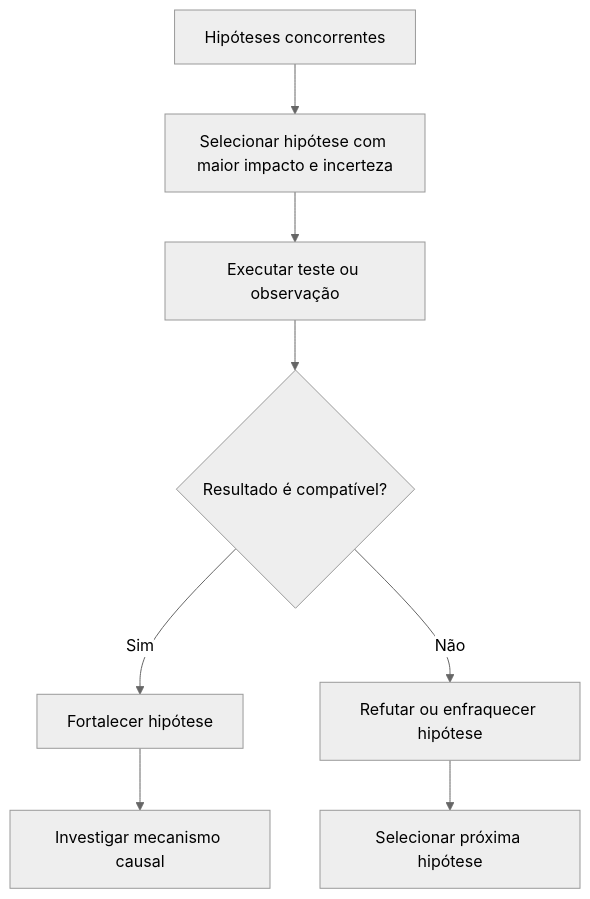
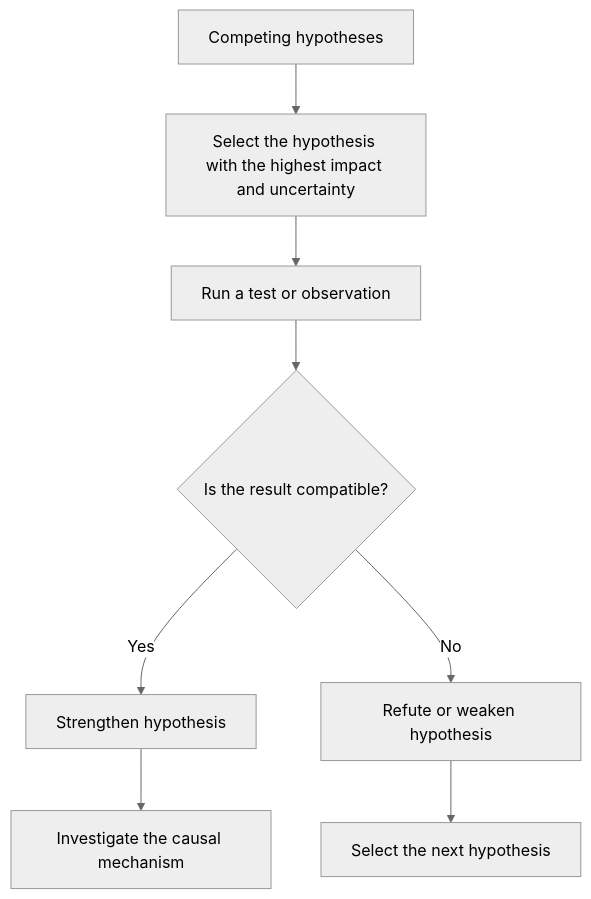
The third of 5 diagrams in dist/.agents/skills/pelizzai-reasoning/techniques/root-cause-analysis.md (rpelizza/PelizzAI), drawn with Mermaid (neutral theme) before and after one commit. The commit also changed other lines of this file and 362 other files, not shown here.

````diff
--- a/dist/.agents/skills/pelizzai-reasoning/techniques/root-cause-analysis.md
+++ b/dist/.agents/skills/pelizzai-reasoning/techniques/root-cause-analysis.md
@@ -399,10 +399,10 @@
 ```mermaid
 flowchart TD
-    A[Hipóteses concorrentes] --> B[Selecionar hipótese com maior impacto e incerteza]
-    B --> C[Executar teste ou observação]
-    C --> D{Resultado é compatível?}
-    D -- Sim --> E[Fortalecer hipótese]
-    D -- Não --> F[Refutar ou enfraquecer hipótese]
-    E --> G[Investigar mecanismo causal]
-    F --> H[Selecionar próxima hipótese]
+    A[Competing hypotheses] --> B[Select the hypothesis with the highest impact and uncertainty]
+    B --> C[Run a test or observation]
+    C --> D{Is the result compatible?}
+    D -- Yes --> E[Strengthen hypothesis]
+    D -- No --> F[Refute or weaken hypothesis]
+    E --> G[Investigate the causal mechanism]
+    F --> H[Select the next hypothesis]
 ```
````
